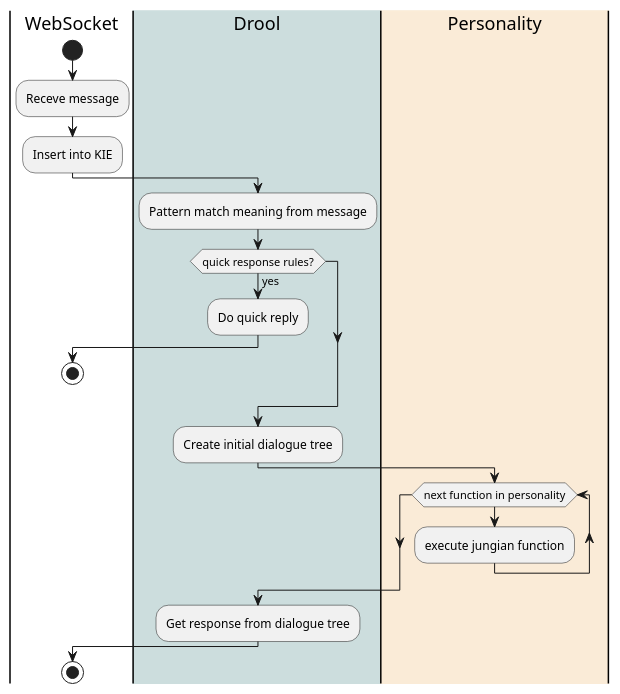
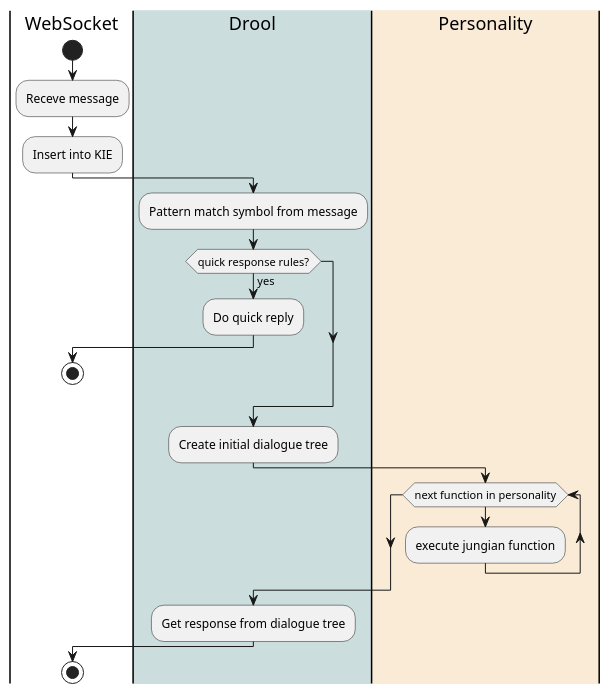
Diagram 13 of 14 in thesis/thesis.org (jappeace/methods-homework), drawn with PlantUML before and after one commit. The commit also changed other lines of this file, not shown here.

Commit message:
Added some more text to the architecture

```diff
--- a/thesis/thesis.org
+++ b/thesis/thesis.org
@@ -2784,23 +2782,24 @@
  #+BEGIN_SRC plantuml :cache yes :file img/uml/insert_meaning.png :exports results
  |WebSocket|
  start
  :Receve message;
  :Insert into KIE;
  |#CCDDDD|Drool|
- :Pattern match meaning from message;
+ :Pattern match symbol from message;
  if (quick response rules?) then (yes)
  :Do quick reply;
  |WebSocket|
  stop
  endif
  |#CCDDDD|Drool|
  :Create initial dialogue tree;
  |#AntiqueWhite|Personality|
  while (next function in personality)
  :execute jungian function;
  |#CCDDDD|Drool|
  endwhile
  :Get response from dialogue tree;
  |WebSocket|
  stop
+
  #+END_SRC
```
